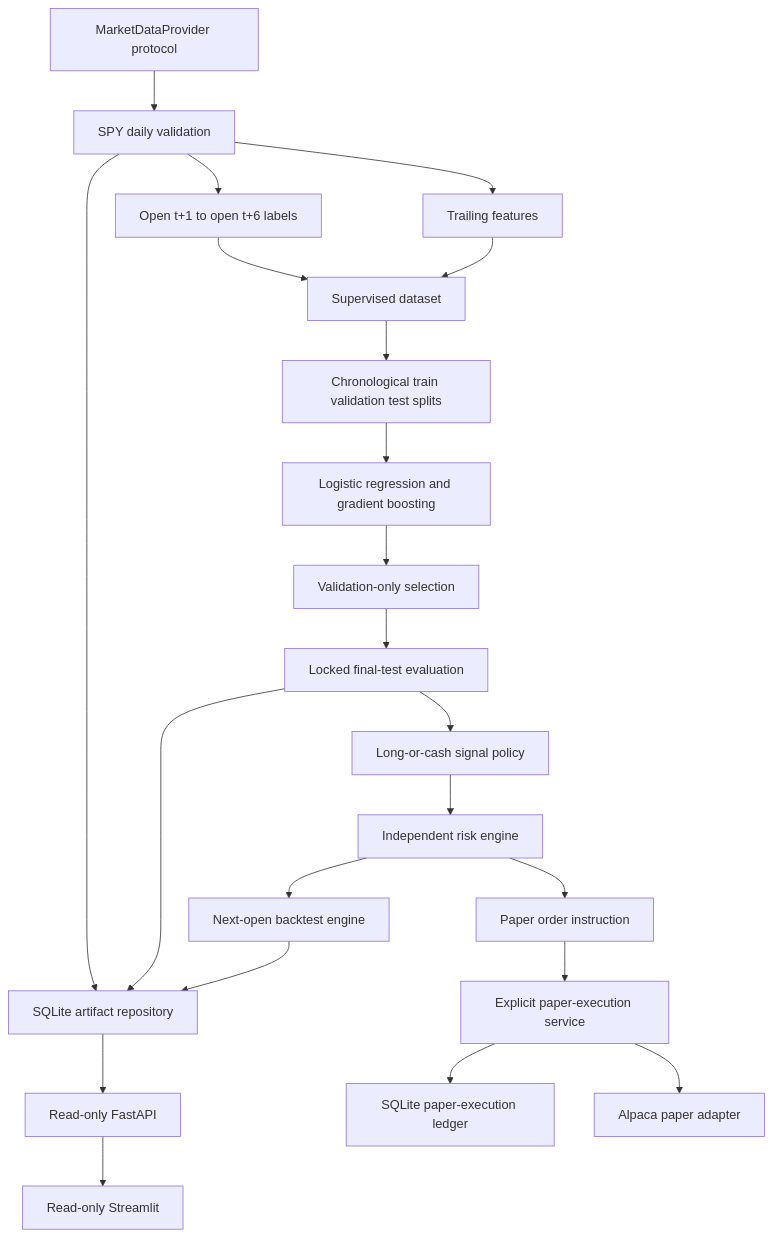
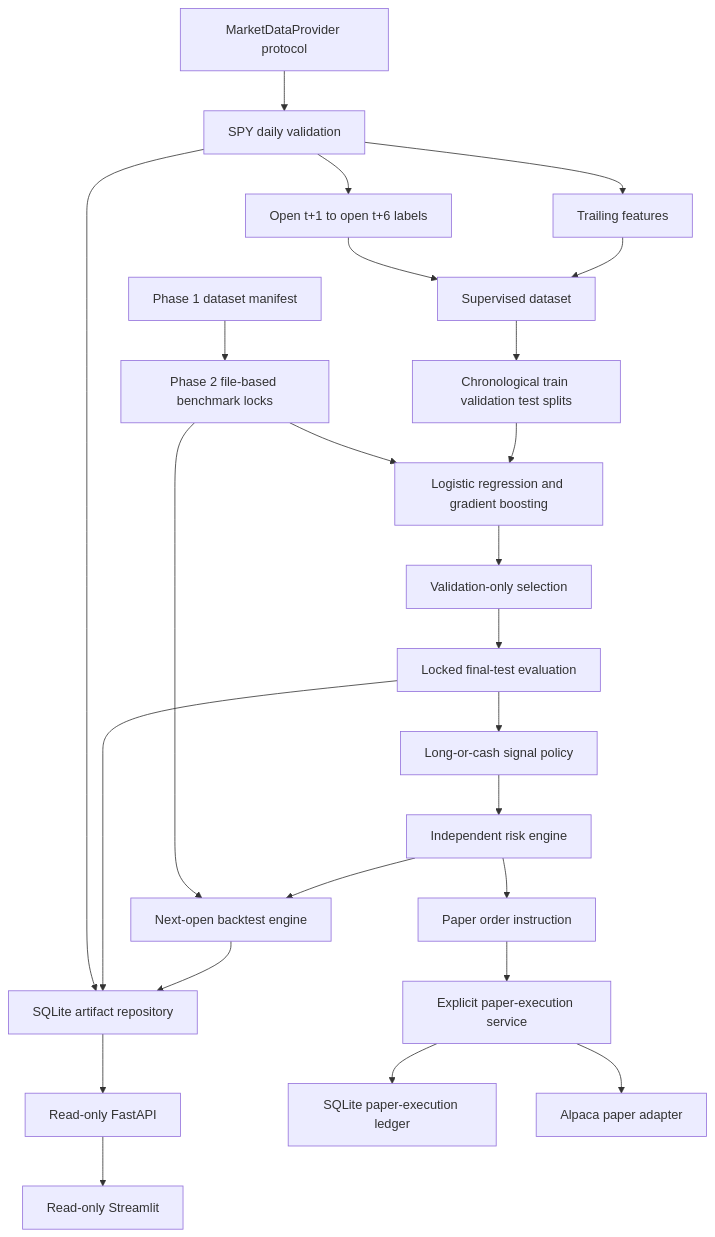
The first of 3 diagrams in docs/ARCHITECTURE.md (Linardi1328/spy-market-agent), drawn with Mermaid before and after one commit. The commit also changed other lines of this file and 34 other files, not shown here.

````diff
--- a/docs/ARCHITECTURE.md
+++ b/docs/ARCHITECTURE.md
@@ -43,24 +46,27 @@
 ```mermaid
 flowchart TD
     Provider[MarketDataProvider protocol] --> Validation[SPY daily validation]
     Validation --> Features[Trailing features]
     Validation --> Labels[Open t+1 to open t+6 labels]
     Features --> Dataset[Supervised dataset]
     Labels --> Dataset
     Dataset --> Splits[Chronological train validation test splits]
     Splits --> Modeling[Logistic regression and gradient boosting]
     Modeling --> Selection[Validation-only selection]
     Selection --> FinalTest[Locked final-test evaluation]
     FinalTest --> Strategy[Long-or-cash signal policy]
     Strategy --> Risk[Independent risk engine]
     Risk --> Backtest[Next-open backtest engine]
+    Manifest[Phase 1 dataset manifest] --> Benchmark[Phase 2 file-based benchmark locks]
+    Benchmark --> Modeling
+    Benchmark --> Backtest
     Backtest --> Persistence[SQLite artifact repository]
     FinalTest --> Persistence
     Validation --> Persistence
     Persistence --> API[Read-only FastAPI]
     API --> Dashboard[Read-only Streamlit]
     Risk --> PaperInstruction[Paper order instruction]
     PaperInstruction --> PaperService[Explicit paper-execution service]
     PaperService --> Ledger[SQLite paper-execution ledger]
     PaperService --> Alpaca[Alpaca paper adapter]
 ```
````
